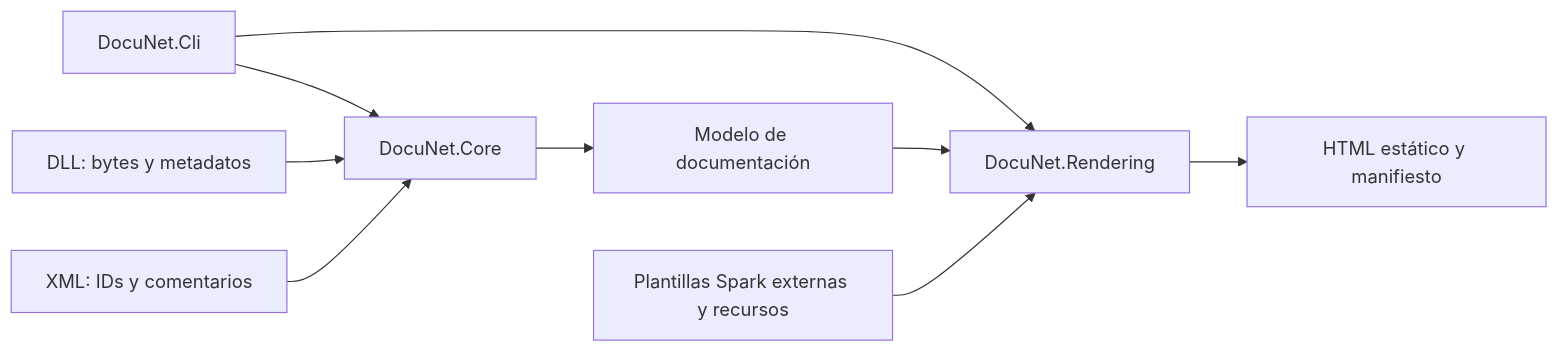
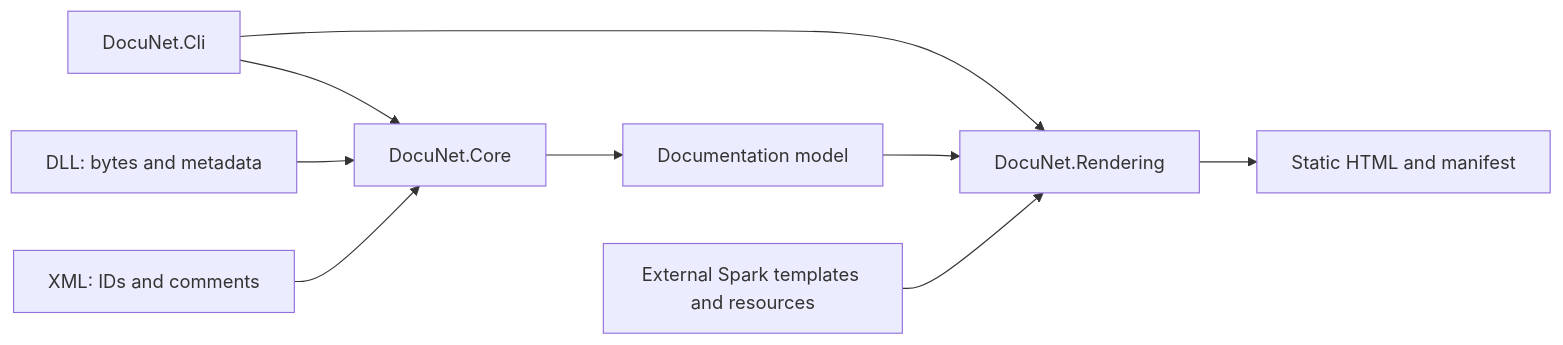
The diagram in docs/architecture.md (ferpaz/DocuNet), drawn with Mermaid before and after one commit. The commit also changed other lines of this file and 17 other files, not shown here.

````diff
--- a/docs/architecture.md
+++ b/docs/architecture.md
@@ -5,11 +5,11 @@
 ```mermaid
 flowchart LR
     CLI[DocuNet.Cli] --> CORE[DocuNet.Core]
     CLI --> RENDER[DocuNet.Rendering]
-    DLL[DLL: bytes y metadatos] --> CORE
-    XML[XML: IDs y comentarios] --> CORE
-    CORE --> MODEL[Modelo de documentación]
+    DLL[DLL: bytes and metadata] --> CORE
+    XML[XML: IDs and comments] --> CORE
+    CORE --> MODEL[Documentation model]
     MODEL --> RENDER
-    SPARK[Plantillas Spark externas y recursos] --> RENDER
-    RENDER --> HTML[HTML estático y manifiesto]
+    SPARK[External Spark templates and resources] --> RENDER
+    RENDER --> HTML[Static HTML and manifest]
 ```
````
